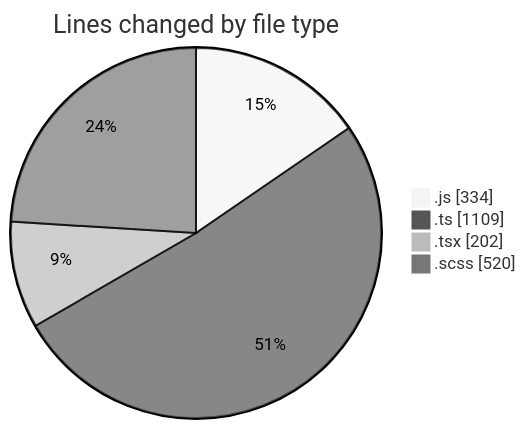
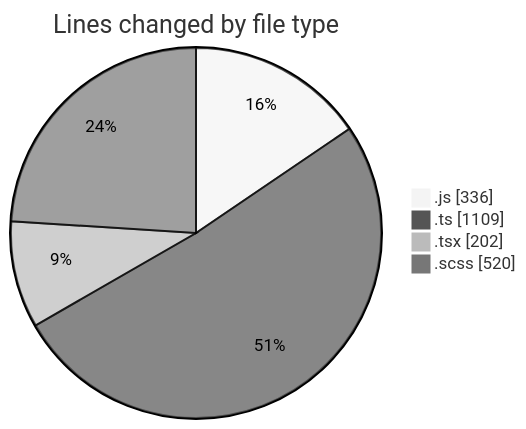
The first of 2 diagrams in 2025-06-18/cda/README.md (momahboobian/code-tracking), drawn with Mermaid (neutral theme) before and after one commit. The commit also changed other lines of this file and 1 other file, not shown here.

````diff
--- a/2025-06-18/cda/README.md
+++ b/2025-06-18/cda/README.md
@@ -40,8 +40,8 @@
 ```mermaid
 pie showData
 title Lines changed by file type
-".js" : 334
+".js" : 336
 ".ts" : 1109
 ".tsx" : 202
 ".scss" : 520
 ```
````
